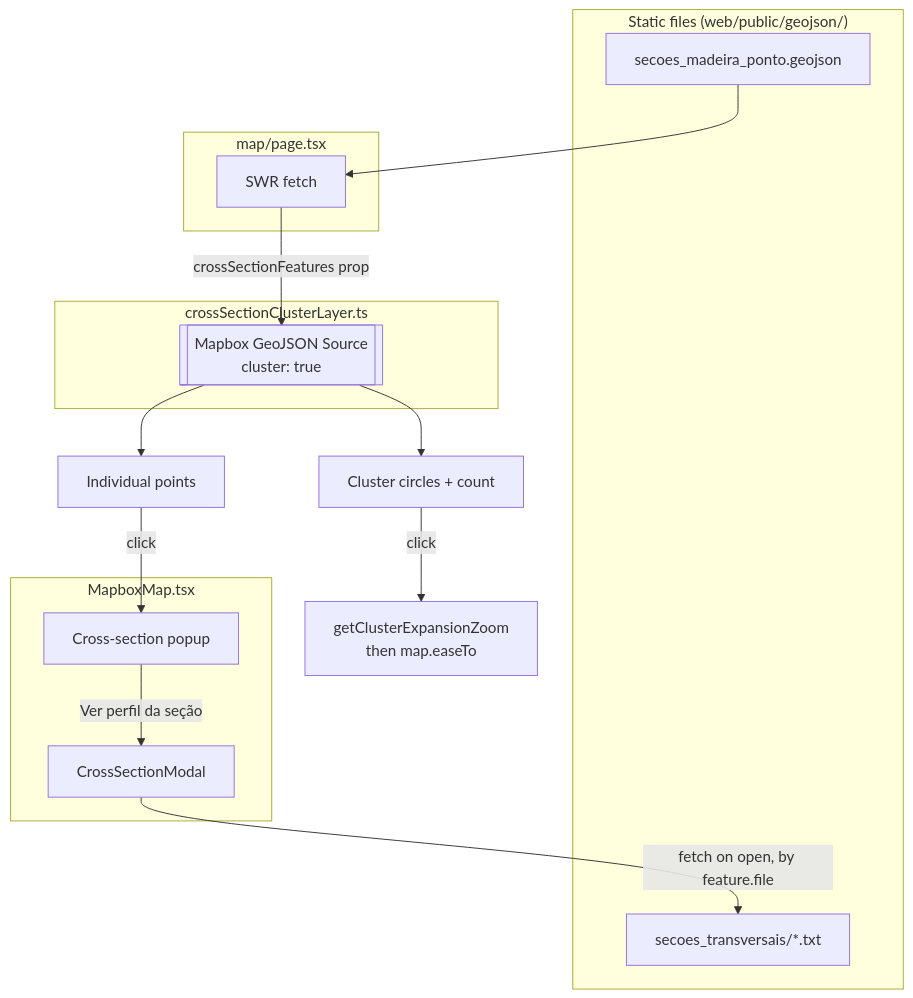
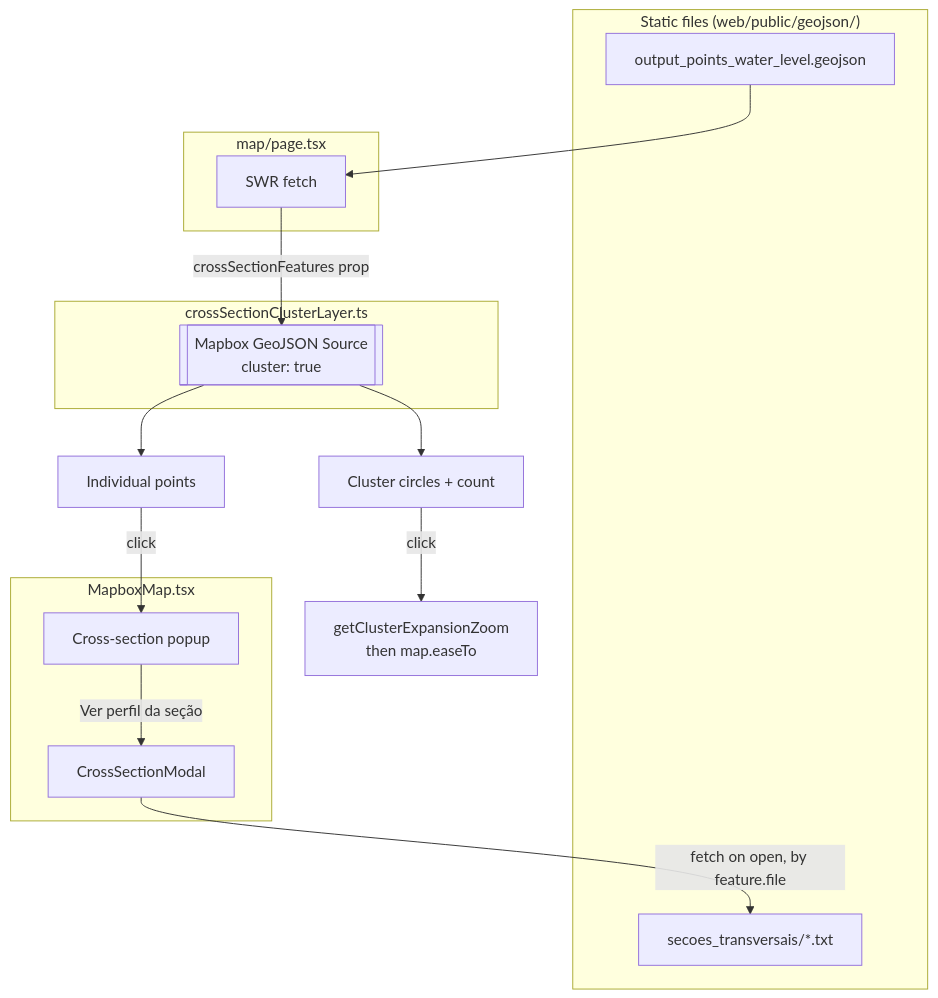
The first of 2 diagrams in docs/source/architecture/cross_section_flow.rst (bmmoreira/tama-hidrovias), drawn with Mermaid before and after one commit. The commit also changed other lines of this file and 19 other files, not shown here.

```diff
--- a/docs/source/architecture/cross_section_flow.rst
+++ b/docs/source/architecture/cross_section_flow.rst
@@ -34,29 +35,29 @@
 .. mermaid::
 
     graph TD
         subgraph Data ["Static files (web/public/geojson/)"]
-            Points[secoes_madeira_ponto.geojson]
+            Points[output_points_water_level.geojson]
             Profiles[secoes_transversais/*.txt]
         end
 
         subgraph Page ["map/page.tsx"]
             SWR[SWR fetch]
         end
 
         subgraph Layer ["crossSectionClusterLayer.ts"]
             Source[[Mapbox GeoJSON Source<br/>cluster: true]]
         end
 
         subgraph MB ["MapboxMap.tsx"]
             Popup[Cross-section popup]
             Modal[CrossSectionModal]
         end
 
         Points --> SWR
         SWR -->|crossSectionFeatures prop| Source
         Source --> Clusters[Cluster circles + count]
         Source --> Unclustered[Individual points]
         Clusters -->|click| Zoom[getClusterExpansionZoom<br/>then map.easeTo]
         Unclustered -->|click| Popup
         Popup -->|Ver perfil da seção| Modal
         Modal -->|fetch on open, by feature.file| Profiles
```
